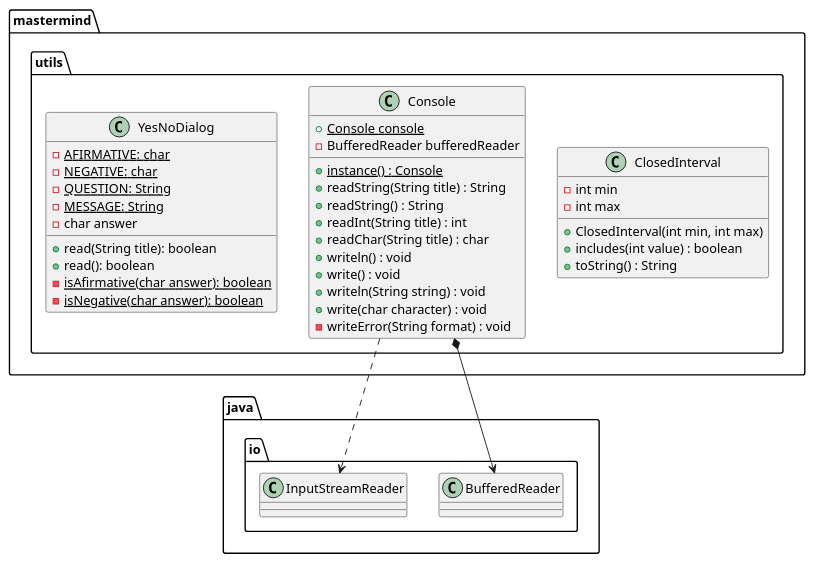
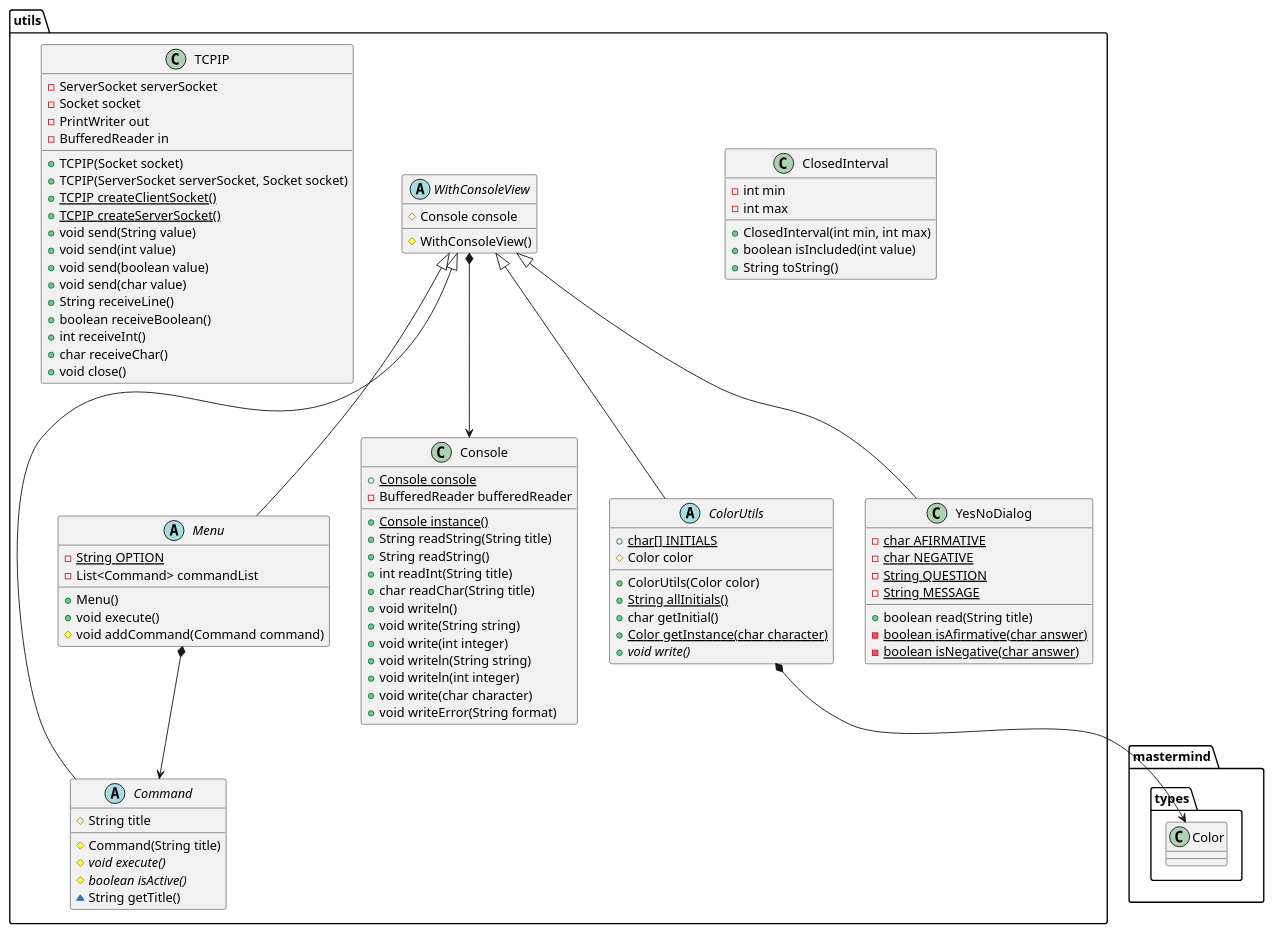
The diagram in docs/sources/paqueteMastermindUtils.iuml (jprieto92/mastermindClientServer), drawn with PlantUML before and after one commit. The commit also changed 13 other files, not shown here.

Commit message:
Add all diagrams without assoc relationships betweeen classes

```diff
--- a/docs/sources/paqueteMastermindUtils.iuml
+++ b/docs/sources/paqueteMastermindUtils.iuml
@@ -1,40 +1,96 @@
 @startuml
-class mastermind.utils.ClosedInterval{
-- int min
-- int max
 
-+ ClosedInterval(int min, int max)
-+ includes(int value) : boolean
-+ toString() : String
+class utils.ClosedInterval [[java:jprieto.utils.ClosedInterval]] {
+	-int min
+	-int max
+	+ClosedInterval(int min, int max)
+	+boolean isIncluded(int value)
+	+String toString()
 }
 
-class mastermind.utils.Console{
-+ {static} Console console
-- BufferedReader bufferedReader
+abstract class utils.ColorUtils [[java:jprieto.utils.ColorUtils]] {
+	+{static}char[] INITIALS
+	#Color color
+	+ColorUtils(Color color)
+	+{static}String allInitials()
+	+char getInitial()
+	+{static}Color getInstance(char character)
+	+{abstract}void write()
+}
+utils.WithConsoleView <|-- utils.ColorUtils
+utils.ColorUtils *-down-> mastermind.types.Color
 
-+ {static} instance() : Console
-+ readString(String title) : String
-+ readString() : String
-+ readInt(String title) : int
-+ readChar(String title) : char
-+ writeln() : void
-+ write() : void
-+ writeln(String string) : void
-+ write(char character) : void
-- writeError(String format) : void
+abstract class utils.Command [[java:jprieto.utils.Command]] {
+	#String title
+	#Command(String title)
+	#{abstract}void execute()
+	#{abstract}boolean isActive()
+	~String getTitle()
 }
-mastermind.utils.Console *-down-> java.io.BufferedReader
-mastermind.utils.Console ..> java.io.InputStreamReader
+utils.WithConsoleView <|-- utils.Command
 
-class mastermind.utils.YesNoDialog{
-- {static} AFIRMATIVE: char
-- {static} NEGATIVE: char
-- {static} QUESTION: String
-- {static} MESSAGE: String
-- char answer
-+ read(String title): boolean
-+ read(): boolean
-- {static} isAfirmative(char answer): boolean
-- {static} isNegative(char answer): boolean
+class utils.Console [[java:jprieto.utils.Console]] {
+	+{static}Console console
+	-BufferedReader bufferedReader
+	+{static}Console instance()
+	+String readString(String title)
+	+String readString()
+	+int readInt(String title)
+	+char readChar(String title)
+	+void writeln()
+	+void write(String string)
+	+void write(int integer)
+	+void writeln(String string)
+	+void writeln(int integer)
+	+void write(char character)
+	+void writeError(String format)
 }
+
+abstract class utils.Menu [[java:jprieto.utils.Menu]] {
+	-{static}String OPTION
+	-List<Command> commandList
+	+Menu()
+	+void execute()
+	#void addCommand(Command command)
+}
+utils.Menu *-down-> utils.Command
+utils.WithConsoleView <|-- utils.Menu
+
+class utils.TCPIP [[java:jprieto.utils.TCPIP]] {
+	-ServerSocket serverSocket
+	-Socket socket
+	-PrintWriter out
+	-BufferedReader in
+	+TCPIP(Socket socket)
+	+TCPIP(ServerSocket serverSocket, Socket socket)
+	+{static}TCPIP createClientSocket()
+	+{static}TCPIP createServerSocket()
+	+void send(String value)
+	+void send(int value)
+	+void send(boolean value)
+	+void send(char value)
+	+String receiveLine()
+	+boolean receiveBoolean()
+	+int receiveInt()
+	+char receiveChar()
+	+void close()
+}
+
+abstract class utils.WithConsoleView [[java:jprieto.utils.WithConsoleView]] {
+	#Console console
+	#WithConsoleView()
+}
+utils.WithConsoleView *-down-> utils.Console
+
+class utils.YesNoDialog [[java:jprieto.utils.YesNoDialog]] {
+	-{static}char AFIRMATIVE
+	-{static}char NEGATIVE
+	-{static}String QUESTION
+	-{static}String MESSAGE
+	+boolean read(String title)
+	-{static}boolean isAfirmative(char answer)
+	-{static}boolean isNegative(char answer)
+}
+utils.WithConsoleView <|-- utils.YesNoDialog
+
 @enduml
```
